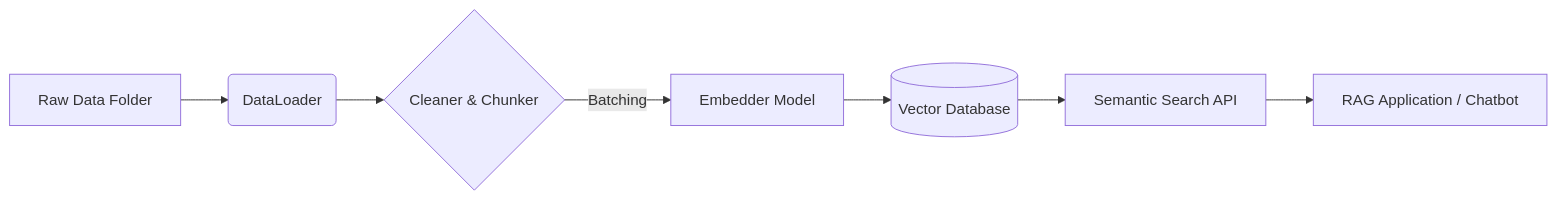
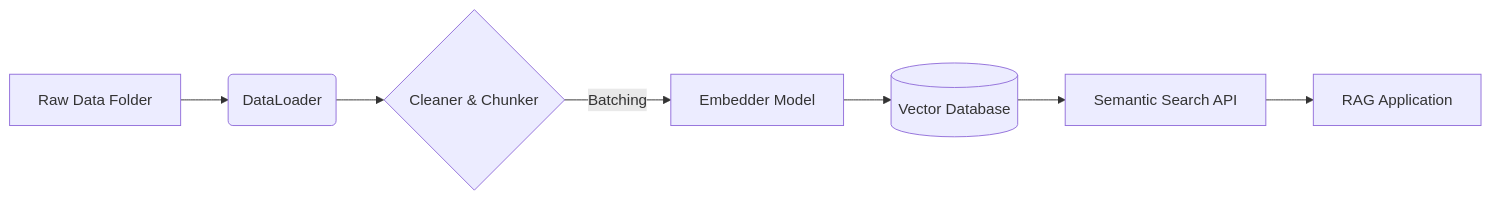
Before and after one commit to yashdesai023/vectorDBpipe: the diagram in README.md, drawn with Mermaid. The commit also changed other lines of this file and 21 other files, not shown here.

````diff
--- a/README.md
+++ b/README.md
@@ -50,9 +208,9 @@
 ```mermaid
 graph LR
     A[Raw Data Folder] --> B(DataLoader);
     B --> C{Cleaner & Chunker};
     C --Batching--> D[Embedder Model];
     D --> E[(Vector Database)];
     E --> F[Semantic Search API];
-    F --> G[RAG Application / Chatbot];
+    F --> G[RAG Application];
 ```
````
